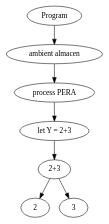
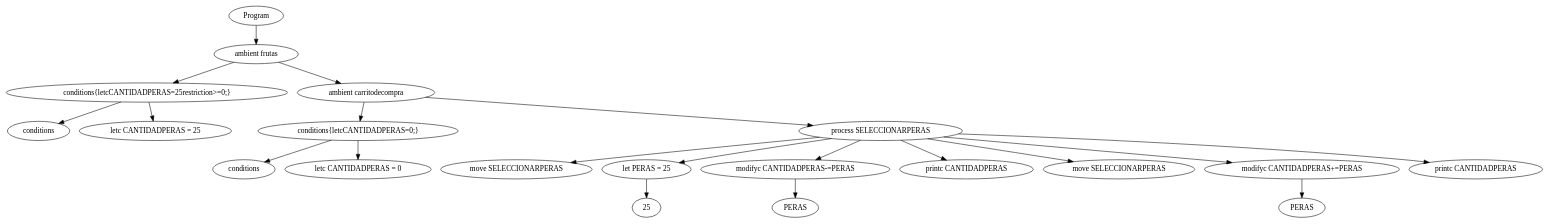
One commit to Sebas03446/AmbientCalculusLanguage changed the diagram in ast.dot. Above: the diagram before and after it, drawn with Graphviz. The commit also changed 38 other files, not shown here.

```diff
--- a/ast.dot
+++ b/ast.dot
@@ -1,15 +1,41 @@
 digraph G {
   node0 [label="Program"];
-  node1 [label="ambient almacen"];
-  node2 [label="process PERA"];
-  node3 [label="let Y = 2+3"];
-  node4 [label="2+3"];
-  node5 [label="2"];
-  node6 [label="3"];
+  node1 [label="ambient frutas"];
+  node2 [label="conditions{letcCANTIDADPERAS=25restriction>=0;}"];
+  node3 [label="conditions"];
+  node4 [label=" letc CANTIDADPERAS = 25"];
+  node5 [label="ambient carritodecompra"];
+  node6 [label="conditions{letcCANTIDADPERAS=0;}"];
+  node7 [label="conditions"];
+  node8 [label=" letc CANTIDADPERAS = 0"];
+  node9 [label="process SELECCIONARPERAS"];
+  node10 [label="move SELECCIONARPERAS"];
+  node11 [label="let PERAS = 25"];
+  node12 [label="25"];
+  node13 [label="modifyc CANTIDADPERAS-=PERAS"];
+  node14 [label="PERAS"];
+  node15 [label="printc CANTIDADPERAS"];
+  node16 [label="move SELECCIONARPERAS"];
+  node17 [label="modifyc CANTIDADPERAS+=PERAS"];
+  node18 [label="PERAS"];
+  node19 [label="printc CANTIDADPERAS"];
   node0 -> node1;
   node1 -> node2;
   node2 -> node3;
-  node3 -> node4;
-  node4 -> node5;
-  node4 -> node6;
+  node2 -> node4;
+  node1 -> node5;
+  node5 -> node6;
+  node6 -> node7;
+  node6 -> node8;
+  node5 -> node9;
+  node9 -> node10;
+  node9 -> node11;
+  node11 -> node12;
+  node9 -> node13;
+  node13 -> node14;
+  node9 -> node15;
+  node9 -> node16;
+  node9 -> node17;
+  node17 -> node18;
+  node9 -> node19;
 }
```
